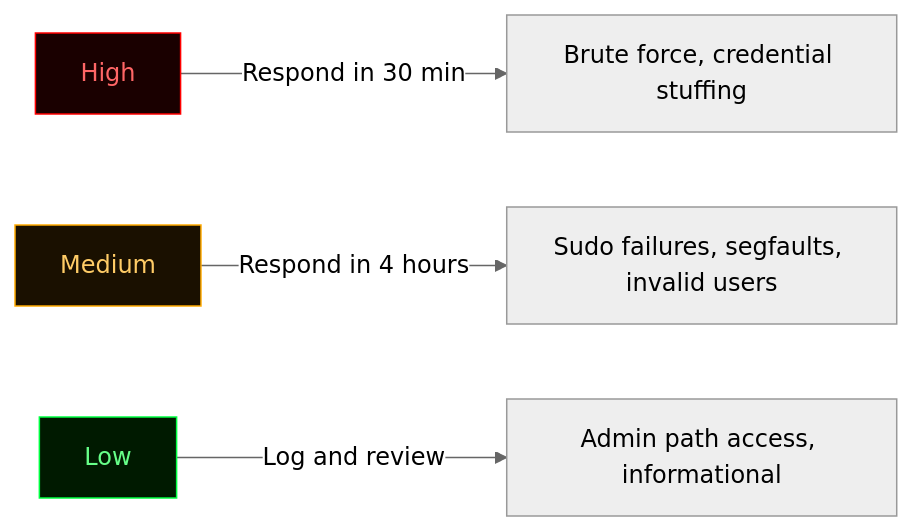
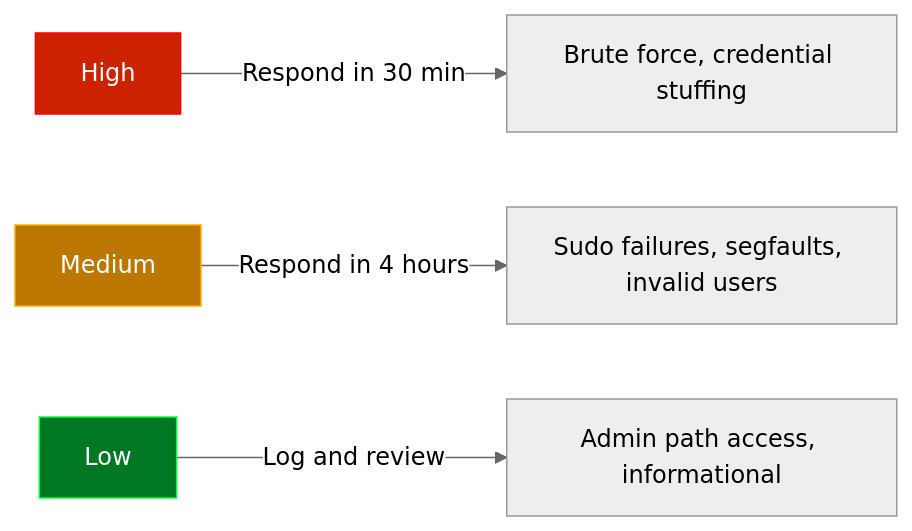
One commit to Speed-boo3/soc-project changed the fifth of 8 diagrams in README.md. Above: the diagram before and after it, drawn with Mermaid (neutral theme). The commit also changed other lines of this file, not shown here.

Commit message:
Fix diagram colors: bright readable nodes on all diagrams

````diff
--- a/README.md
+++ b/README.md
@@ -204,10 +241,10 @@
 ```mermaid
 flowchart LR
     H[High] -->|Respond in 30 min| HA[Brute force, credential stuffing]
     M[Medium] -->|Respond in 4 hours| MA[Sudo failures, segfaults, invalid users]
     L[Low] -->|Log and review| LA[Admin path access, informational]
 
-    style H fill:#1a0000,stroke:#ff0000,color:#ff6666
-    style M fill:#1a1000,stroke:#ffaa00,color:#ffcc66
-    style L fill:#001a00,stroke:#00ff41,color:#66ff88
+    style H fill:#cc2200,stroke:#ff0000,color:#ffffff
+    style M fill:#bb7700,stroke:#ffaa00,color:#ffffff
+    style L fill:#007722,stroke:#00ff41,color:#ffffff
 ```
````
